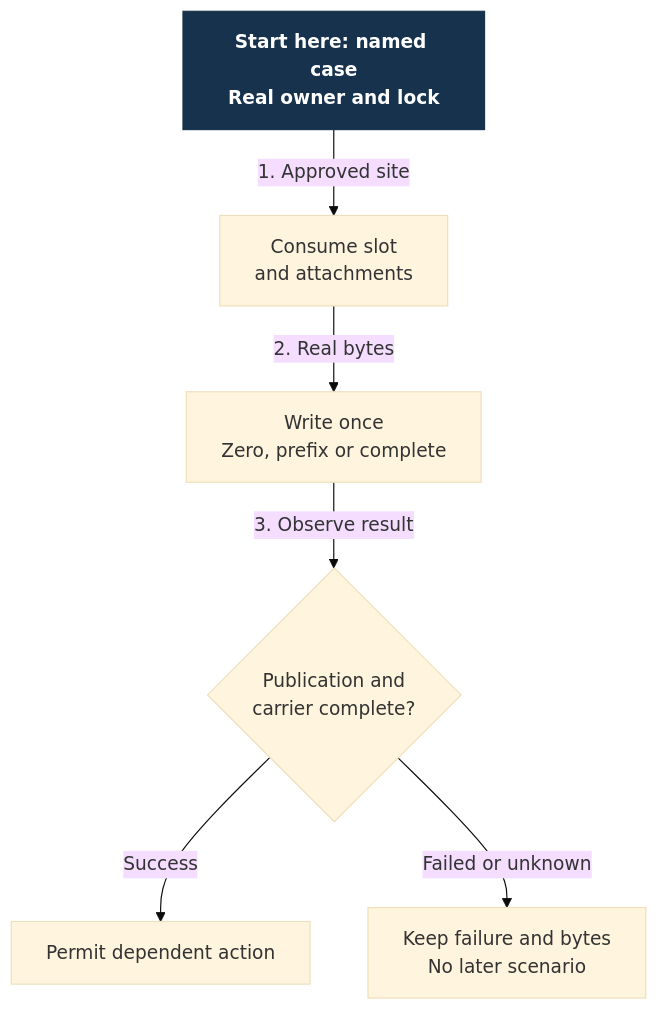
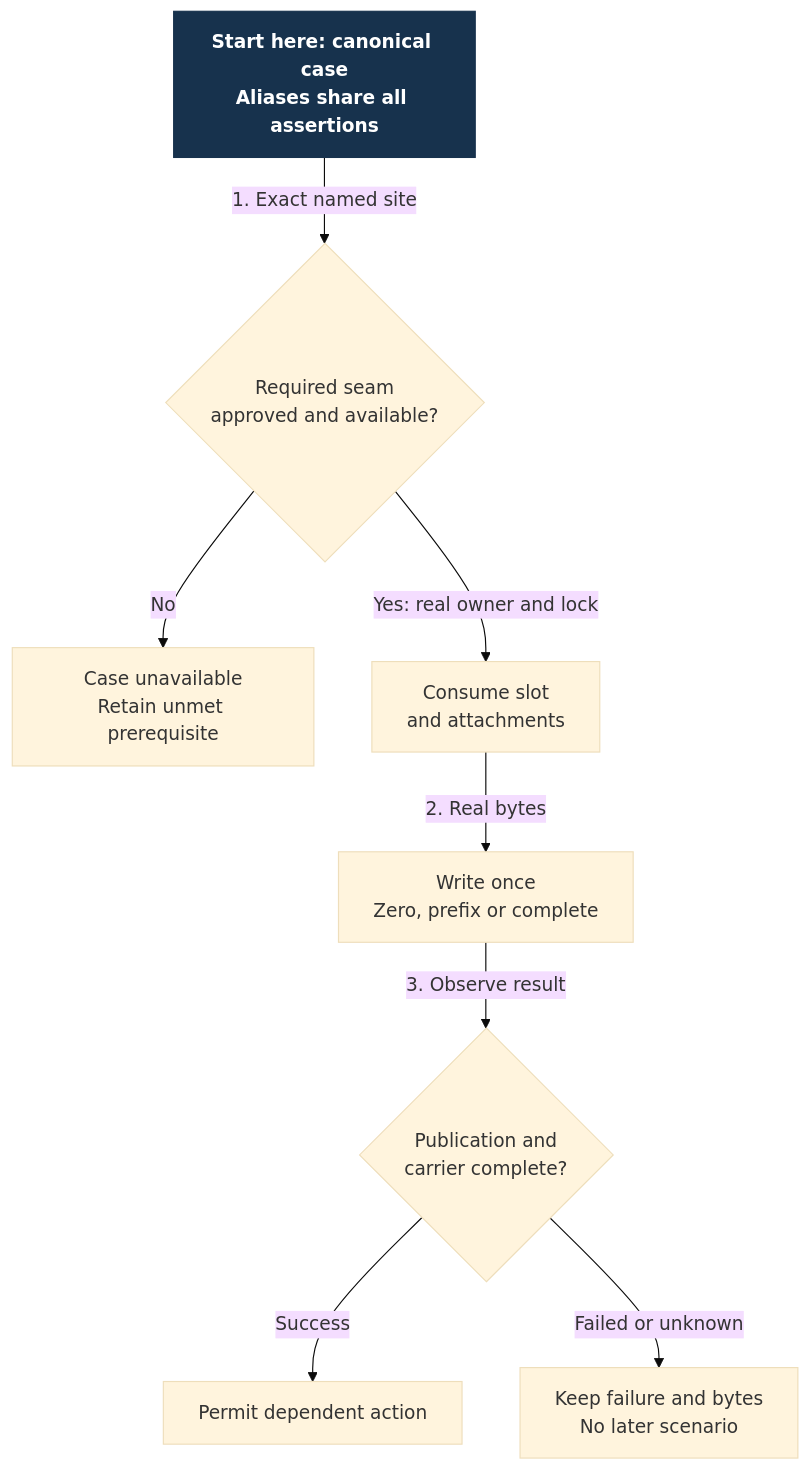
Before and after one commit to Linkuistics/Koine: the diagram in docs/design/architecture/settings-activation/keepalive-recovery-controls.mmd, drawn with Mermaid (base theme). The commit also changed 12 other files, not shown here.

```diff
--- a/docs/design/architecture/settings-activation/keepalive-recovery-controls.mmd
+++ b/docs/design/architecture/settings-activation/keepalive-recovery-controls.mmd
@@ -1,13 +1,17 @@
 flowchart TD
-    start["Start here: named case<br/>Real owner and lock"]:::start
+    start["Start here: canonical case<br/>Aliases share all assertions"]:::start
+    authority{"Required seam<br/>approved and available?"}
+    pending["Case unavailable<br/>Retain unmet prerequisite"]
     choose["Consume slot<br/>and attachments"]
     bytes["Write once<br/>Zero, prefix or complete"]
     observe{"Publication and<br/>carrier complete?"}
     effect["Permit dependent action"]
     failed["Keep failure and bytes<br/>No later scenario"]
-    start -->|1. Approved site| choose
+    start -->|1. Exact named site| authority
+    authority -->|No| pending
+    authority -->|Yes: real owner and lock| choose
     choose -->|2. Real bytes| bytes
     bytes -->|3. Observe result| observe
     observe -->|Success| effect
     observe -->|Failed or unknown| failed
     classDef start fill:#17324d,color:#fff,font-weight:bold,stroke:#17324d
```
